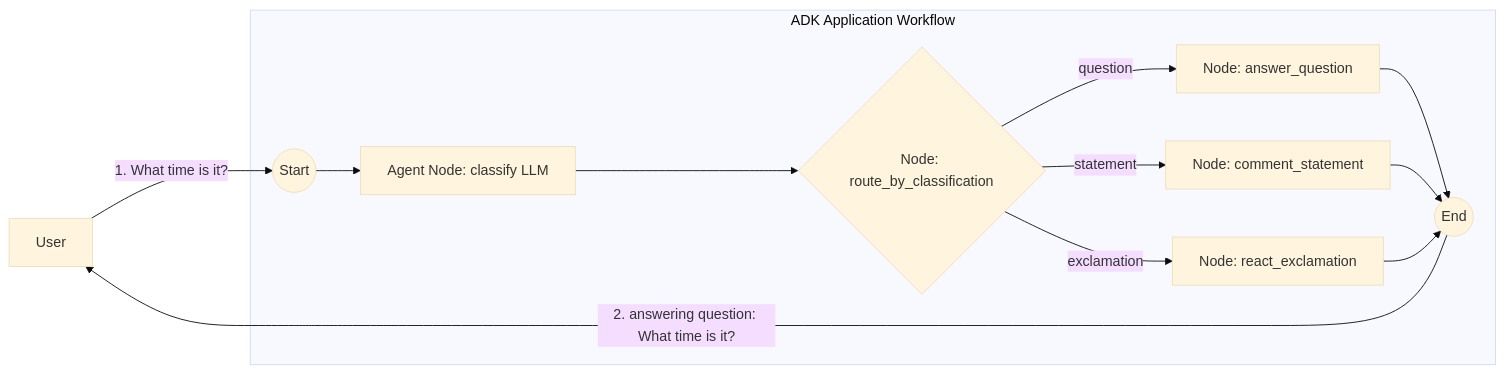
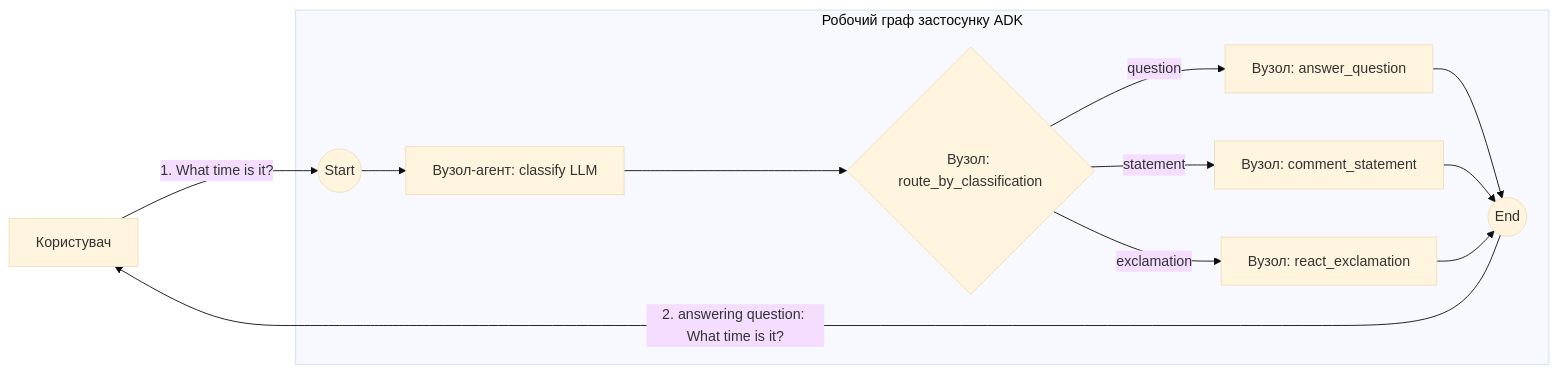
Before and after one commit to EugeneZaharchenko/ai-ae-labs: the diagram in demo/4_adk_examples/routing/llm/README.md, drawn with Mermaid (base theme). The commit also changed other lines of this file and 23 other files, not shown here.

````diff
--- a/demo/4_adk_examples/routing/llm/README.md
+++ b/demo/4_adk_examples/routing/llm/README.md
@@ -22,16 +31,16 @@
 ```mermaid
 graph LR
-    User[User]
-    subgraph "ADK Application Workflow"
-        Start((Start)) --> C[Agent Node: classify LLM]
-        C --> R{Node: route_by_classification}
-        R -- "question" --> Q[Node: answer_question]
-        R -- "statement" --> S[Node: comment_statement]
-        R -- "exclamation" --> E[Node: react_exclamation]
+    User[Користувач]
+    subgraph "Робочий граф застосунку ADK"
+        Start((Start)) --> C[Вузол-агент: classify LLM]
+        C --> R{Вузол: route_by_classification}
+        R -- "question" --> Q[Вузол: answer_question]
+        R -- "statement" --> S[Вузол: comment_statement]
+        R -- "exclamation" --> E[Вузол: react_exclamation]
         Q --> End((End))
         S --> End
         E --> End
     end
     User -- "1. What time is it?" --> Start
     End -- "2. answering question: What time is it?" --> User
 ```
````
